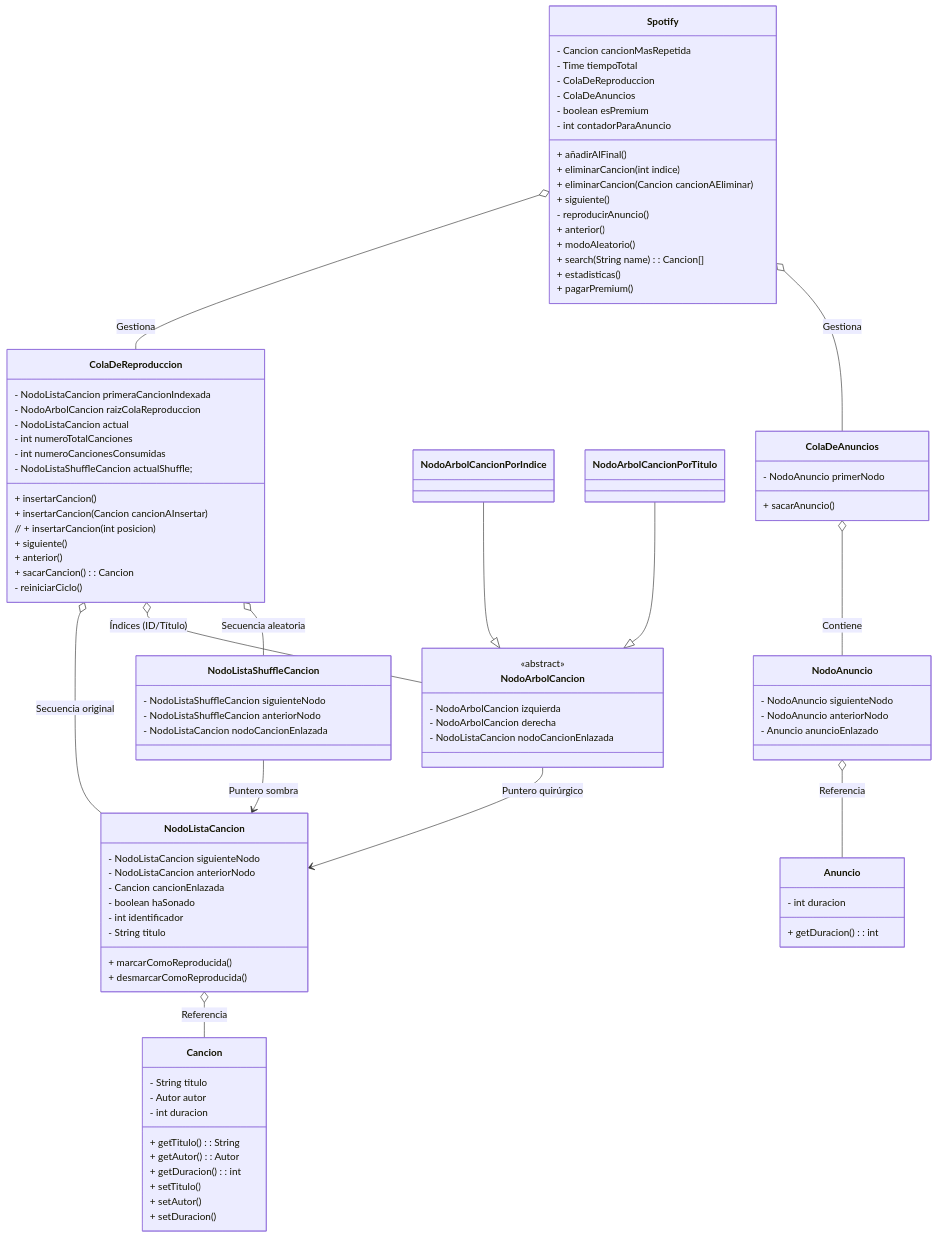
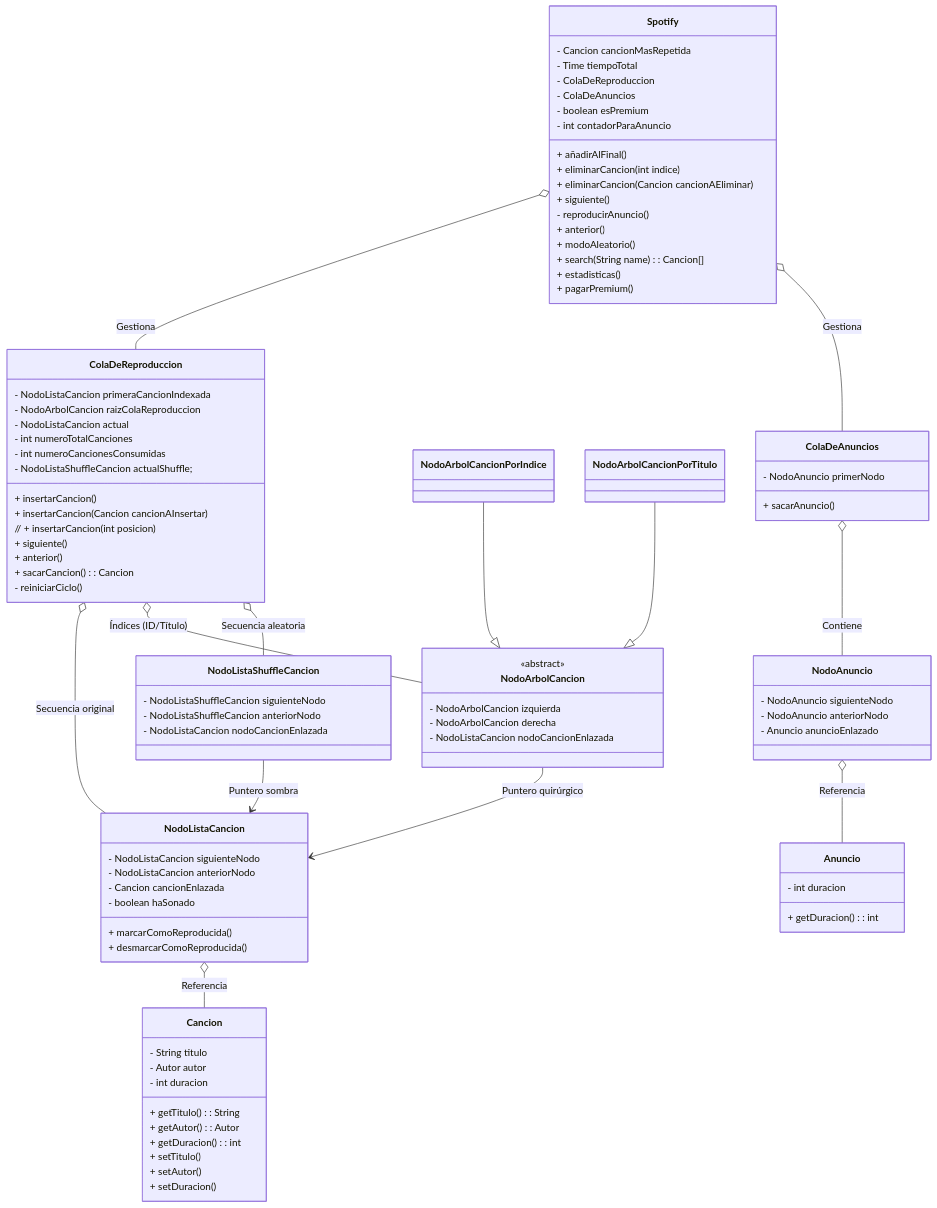
Before and after one commit to mmasias/25-26-EDA1: the diagram in entregas/lianoJavier/documentos/README.md, drawn with Mermaid.

```diff
--- a/entregas/lianoJavier/documentos/README.md
+++ b/entregas/lianoJavier/documentos/README.md
@@ -49,8 +49,7 @@
 
                 - boolean haSonado
 
-                - int identificador
-                - String titulo
+                
 
                 + marcarComoReproducida()
                 + desmarcarComoReproducida()
```
